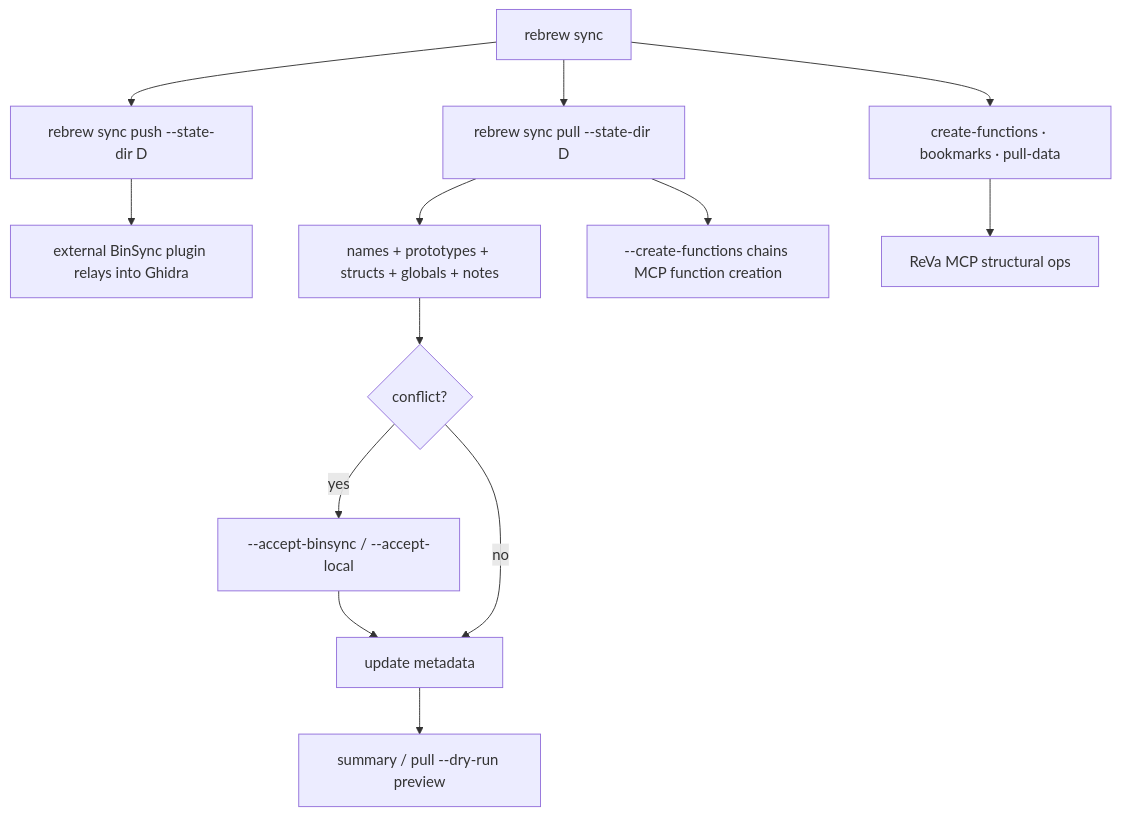
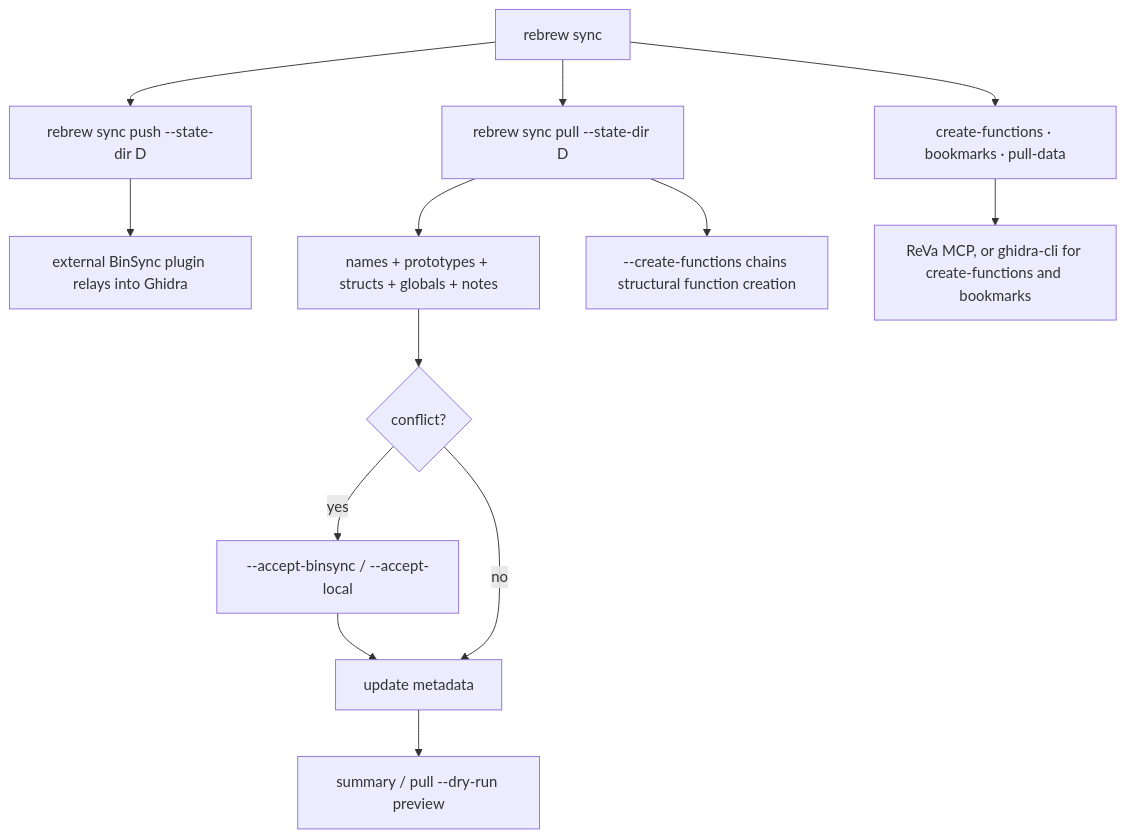
Before and after one commit to maci0/rebrew: the diagram in docs/BINSYNC_INTEGRATION.md, drawn with Mermaid. The commit also changed other lines of this file and 89 other files, not shown here.

````diff
--- a/docs/BINSYNC_INTEGRATION.md
+++ b/docs/BINSYNC_INTEGRATION.md
@@ -610,15 +609,15 @@
 ```mermaid
 graph TD
     Sync[rebrew sync] --> Push[rebrew sync push --state-dir D]
     Push --> Relay[external BinSync plugin relays into Ghidra]
     Sync --> Pull[rebrew sync pull --state-dir D]
     Pull --> Names[names + prototypes + structs + globals + notes]
-    Pull --> Create[--create-functions chains MCP function creation]
+    Pull --> Create[--create-functions chains structural function creation]
     Sync --> Struct[create-functions · bookmarks · pull-data]
-    Struct --> MCP[ReVa MCP structural ops]
+    Struct --> MCP[ReVa MCP, or ghidra-cli for create-functions and bookmarks]
     Names --> Conflict{conflict?}
     Conflict -->|yes| Decide[--accept-binsync / --accept-local]
     Decide --> Update[update metadata]
     Conflict -->|no| Update
     Update --> Summary[summary / pull --dry-run preview]
 ```
````
